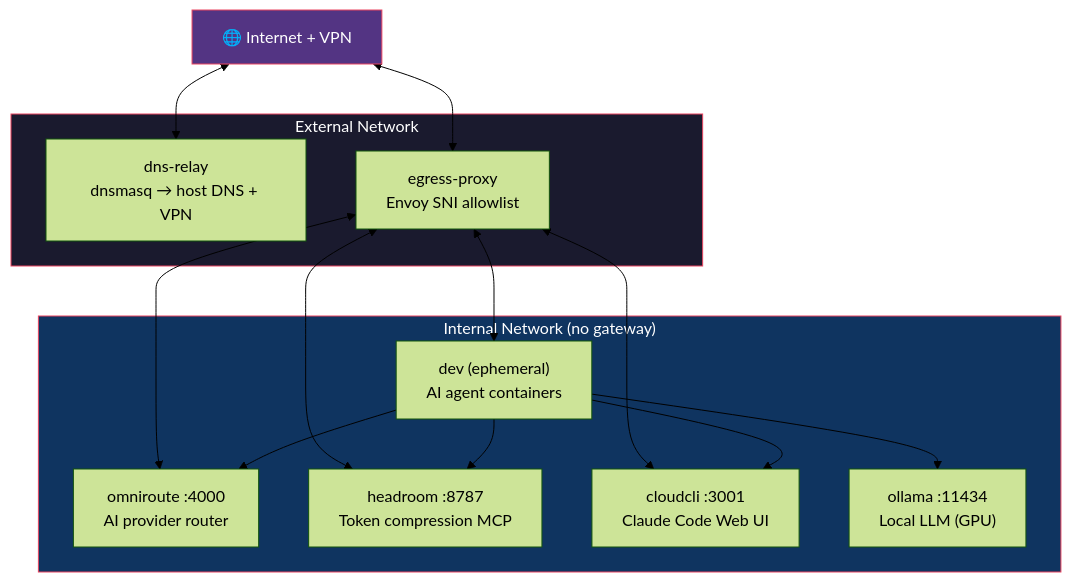
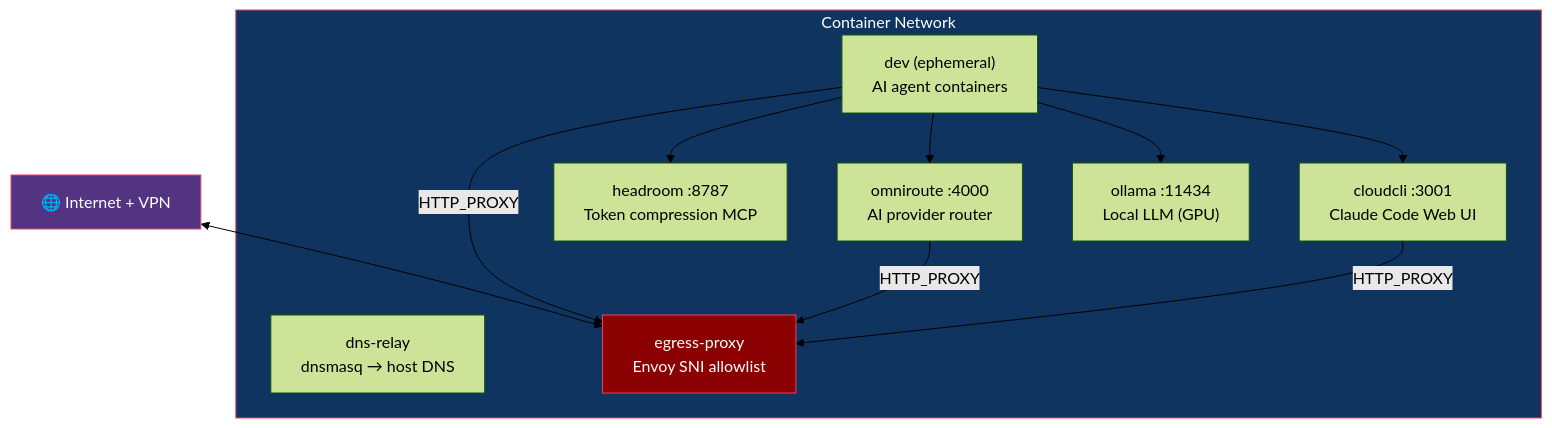
One commit to dmzoneill/securetty changed the first of 6 diagrams in README.md. Above: the diagram before and after it, drawn with Mermaid (forest theme). The commit also changed other lines of this file, not shown here.

Commit message:
docs: update for bridge network, proxy-based egress, DNS changes
Architecture diagram shows HTTP_PROXY-based egress instead of
dual-network. DNS section reflects host-inherited resolution.
Added make rebuild command. Removed stale internal:true references.

````diff
--- a/README.md
+++ b/README.md
@@ -7,32 +7,27 @@
 ```mermaid
 graph TD
     Internet["🌐 Internet + VPN"]
 
-    subgraph external["External Network"]
-        DNS["dns-relay<br/>dnsmasq → host DNS + VPN"]
+    subgraph network["Container Network"]
+        DNS["dns-relay<br/>dnsmasq → host DNS"]
         Egress["egress-proxy<br/>Envoy SNI allowlist"]
-    end
-
-    subgraph internal["Internal Network (no gateway)"]
         OmniRoute["omniroute :4000<br/>AI provider router"]
         Headroom["headroom :8787<br/>Token compression MCP"]
         CloudCLI["cloudcli :3001<br/>Claude Code Web UI"]
         Ollama["ollama :11434<br/>Local LLM (GPU)"]
         Dev["dev (ephemeral)<br/>AI agent containers"]
     end
 
-    Internet <--> DNS
     Internet <--> Egress
-    Egress <--> OmniRoute
-    Egress <--> Headroom
-    Egress <--> CloudCLI
-    Egress <--> Dev
+    Dev -->|"HTTP_PROXY"| Egress
+    OmniRoute -->|"HTTP_PROXY"| Egress
+    CloudCLI -->|"HTTP_PROXY"| Egress
     Dev --> OmniRoute
     Dev --> Headroom
     Dev --> Ollama
     Dev --> CloudCLI
 
-    style external fill:#1a1a2e,stroke:#e94560,color:#fff
-    style internal fill:#0f3460,stroke:#e94560,color:#fff
+    style network fill:#0f3460,stroke:#e94560,color:#fff
     style Internet fill:#533483,stroke:#e94560,color:#fff
+    style Egress fill:#8B0000,stroke:#e94560,color:#fff
 ```
````
